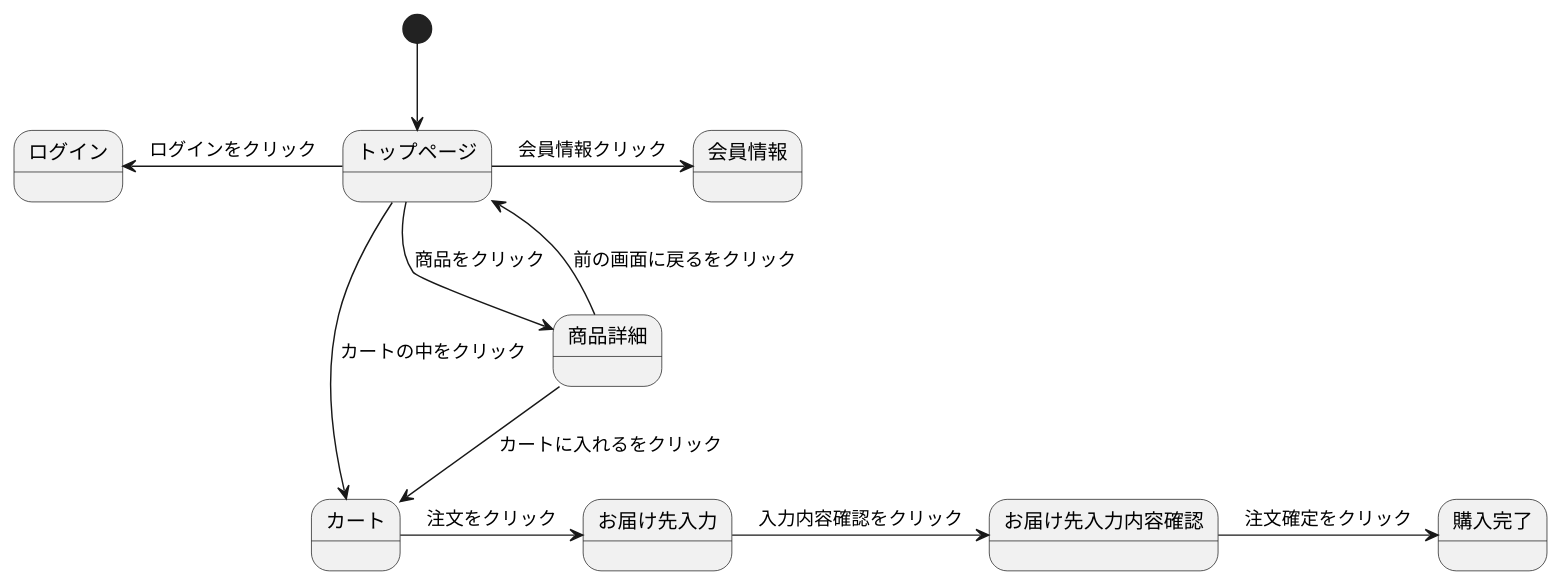
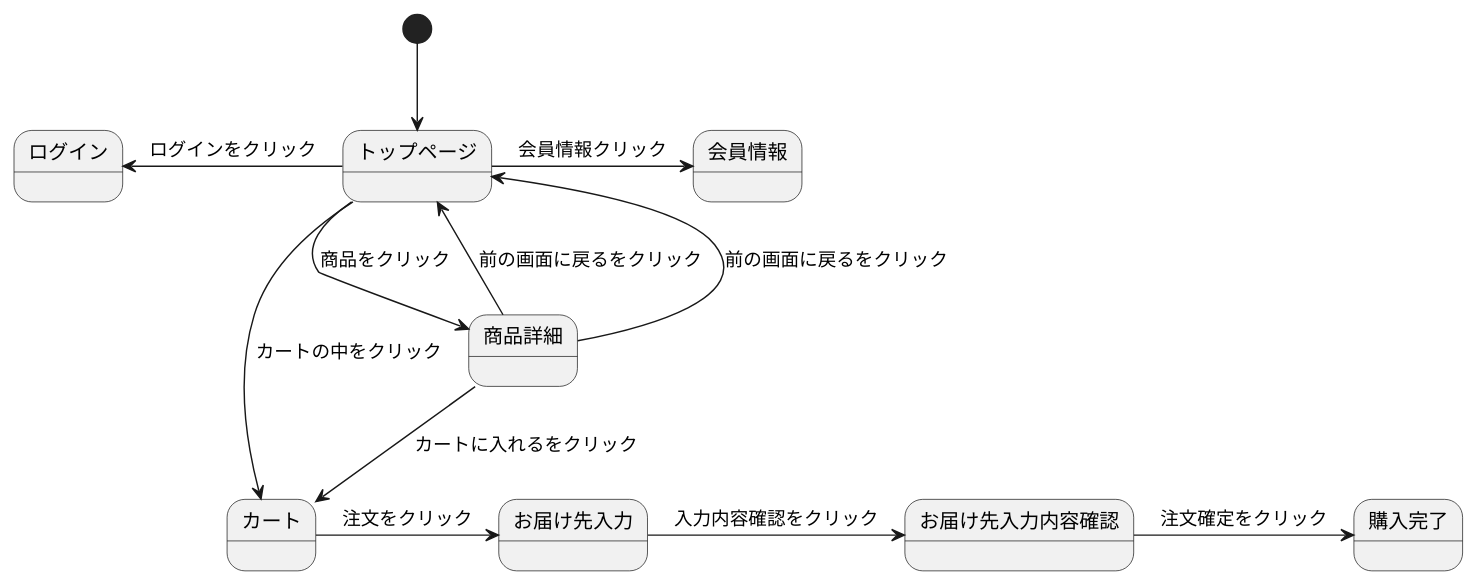
One commit to Aso2001379/2021sys-desing changed the second of 3 diagrams in stm01 .md. Above: the diagram before and after it, drawn with PlantUML.

Commit message:
Update stm01 .md

````diff
--- a/stm01 .md
+++ b/stm01 .md
@@ -16,14 +16,16 @@
 ```uml
 @startuml
 [*] --> トップページ
 トップページ -> 会員情報 : 会員情報クリック
 トップページ -left-> ログイン : ログインをクリック
 トップページ --> 商品詳細 : 商品をクリック
 トップページ --> カート : カートの中をクリック
 商品詳細 --> カート : カートに入れるをクリック
 商品詳細 --> トップページ : 前の画面に戻るをクリック
+商品詳細 --> トップページ : 前の画面に戻るをクリック
+
 カート -> お届け先入力 : 注文をクリック
 お届け先入力 -> お届け先入力内容確認 : 入力内容確認をクリック
 お届け先入力内容確認 -> 購入完了 : 注文確定をクリック
 @enduml
 ```
````
